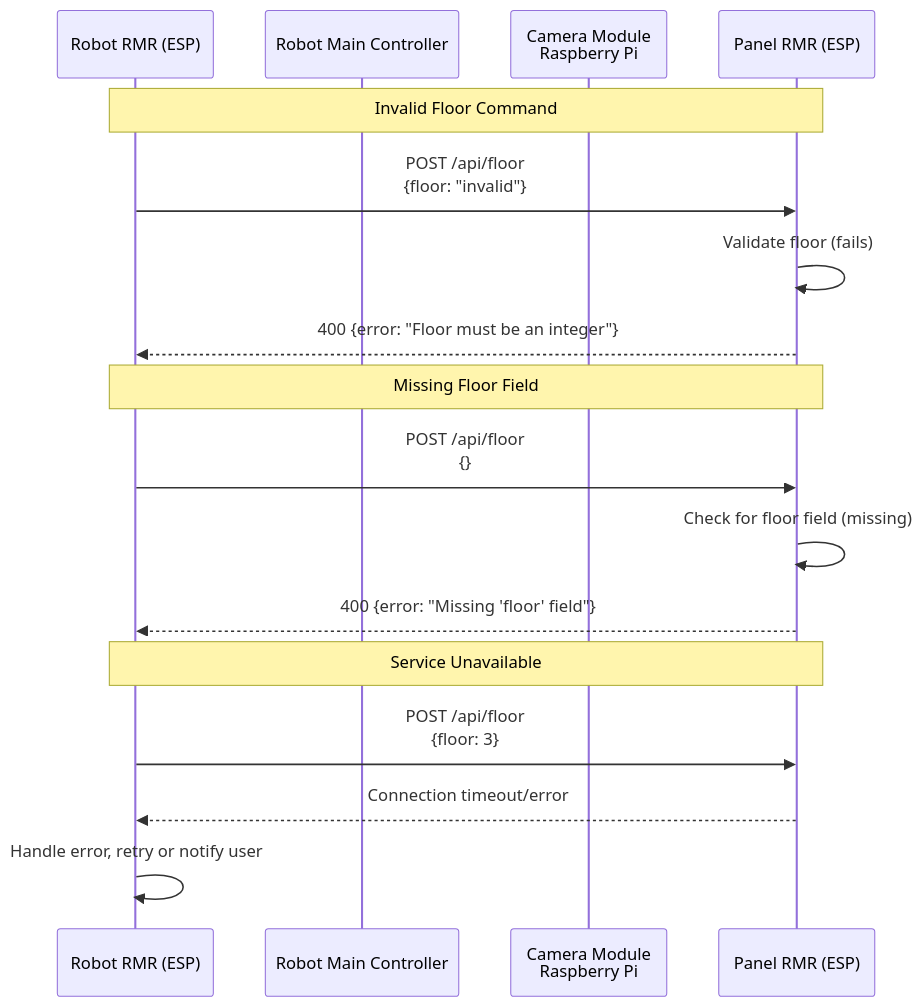
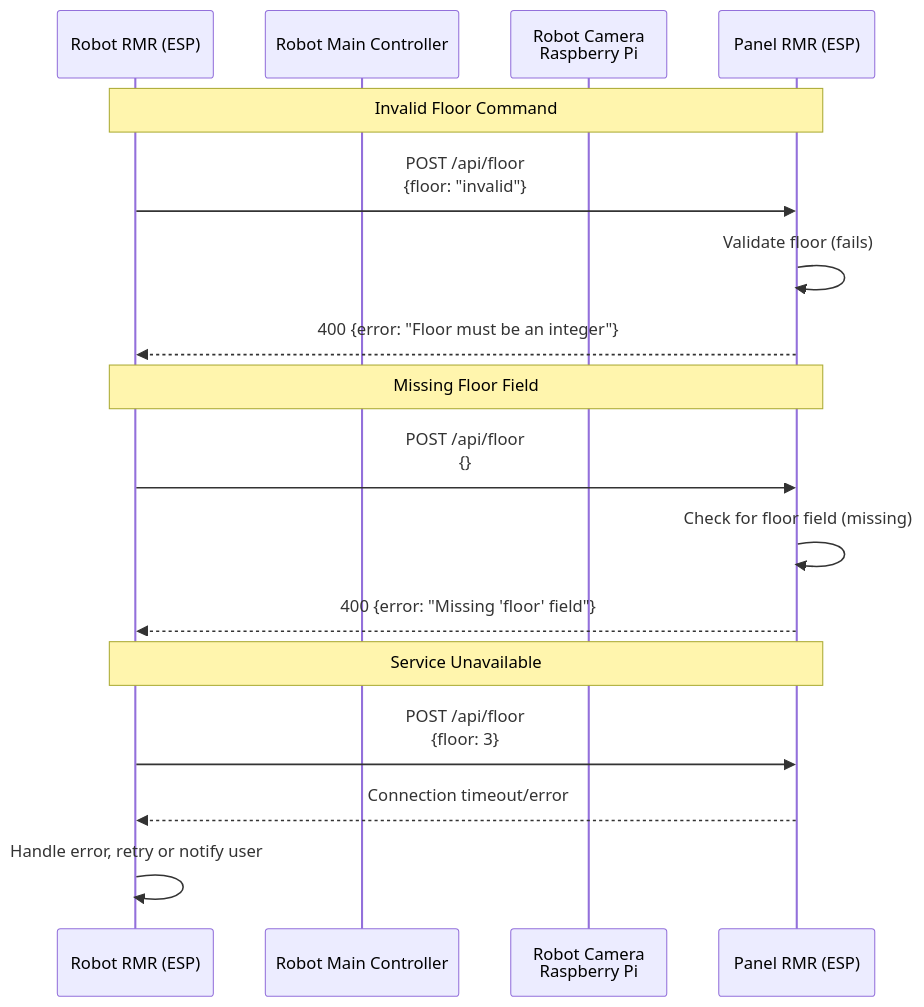
The second of 3 diagrams in sequence_diagram.md (in-is-ah/rmr), drawn with Mermaid before and after one commit. The commit also changed other lines of this file, not shown here.

Commit message:
Refactor sequence diagram participants and flow

````diff
--- a/sequence_diagram.md
+++ b/sequence_diagram.md
@@ -43,22 +43,22 @@
 ```mermaid
 sequenceDiagram
     participant ClientPi as Robot RMR (ESP)
     participant RobotMainController as Robot Main Controller
-    participant CameraModule as Camera Module<br/>Raspberry Pi
+    participant CameraModule as Robot Camera<br/>Raspberry Pi
     participant LiftService as Panel RMR (ESP)
 
     Note over ClientPi,LiftService: Invalid Floor Command
     ClientPi->>LiftService: POST /api/floor<br/>{floor: "invalid"}
     LiftService->>LiftService: Validate floor (fails)
     LiftService-->>ClientPi: 400 {error: "Floor must be an integer"}
     
     Note over ClientPi,LiftService: Missing Floor Field
     ClientPi->>LiftService: POST /api/floor<br/>{}
     LiftService->>LiftService: Check for floor field (missing)
     LiftService-->>ClientPi: 400 {error: "Missing 'floor' field"}
     
     Note over ClientPi,LiftService: Service Unavailable
     ClientPi->>LiftService: POST /api/floor<br/>{floor: 3}
     LiftService-->>ClientPi: Connection timeout/error
     ClientPi->>ClientPi: Handle error, retry or notify user
 ```
````
